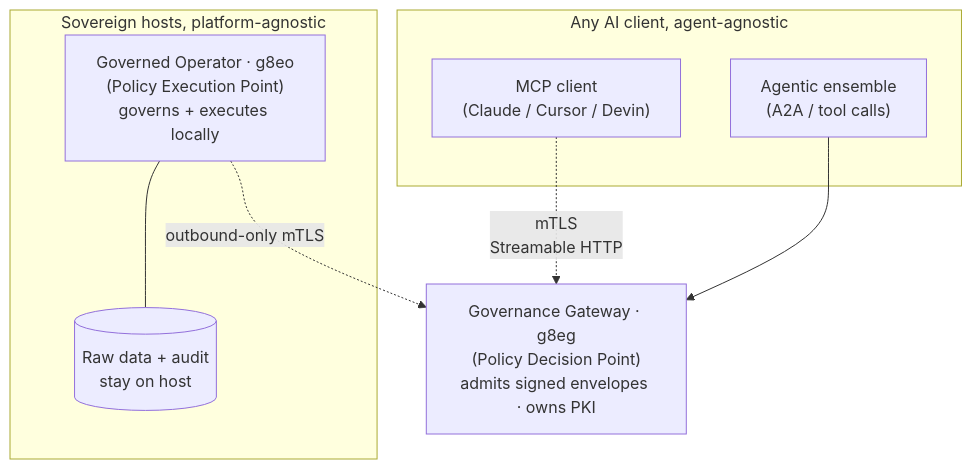
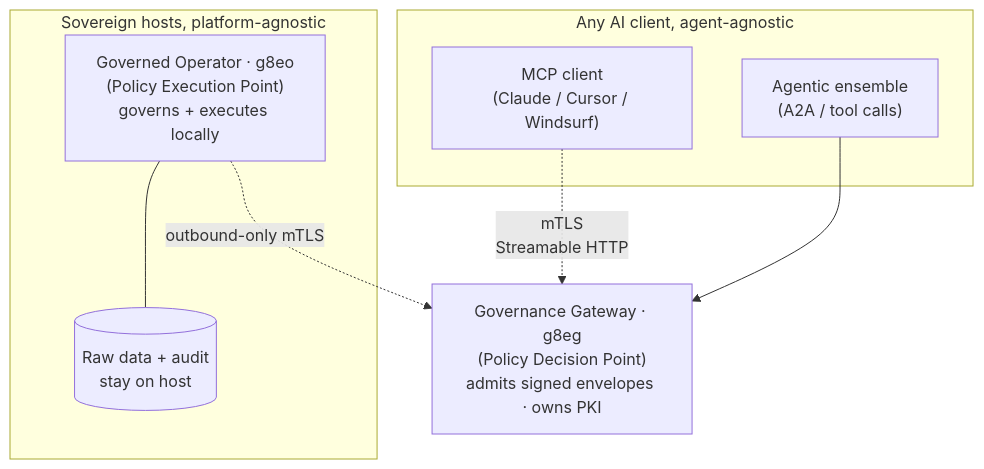
One commit to g8e-ai/g8e changed the diagram in docs/diagrams/graph-gateway-fleet-single-host-http-mtls.md. Above: the diagram before and after it, drawn with Mermaid. The commit also changed other lines of this file and 938 other files, not shown here.

````diff
--- a/docs/diagrams/graph-gateway-fleet-single-host-http-mtls.md
+++ b/docs/diagrams/graph-gateway-fleet-single-host-http-mtls.md
@@ -5,19 +5,19 @@
 ```mermaid
 graph TD
     subgraph Clients ["Any AI client, agent-agnostic"]
-        C1["MCP client<br/>(Claude / Cursor / Devin)"]
+        C1["MCP client<br/>(Claude / Cursor / Windsurf)"]
         C2["Agentic ensemble<br/>(A2A / tool calls)"]
     end
 
     GW["Governance Gateway · g8eg<br/>(Policy Decision Point)<br/>admits signed envelopes · owns PKI"]
 
     subgraph Fleet ["Sovereign hosts, platform-agnostic"]
         O1["Governed Operator · g8eo<br/>(Policy Execution Point)<br/>governs + executes locally"]
         D1[("Raw data + audit<br/>stay on host")]
         O1 --- D1
     end
 
     C1 -. "mTLS<br/>Streamable HTTP" .-> GW
     C2 --> GW
     O1 -. "outbound-only mTLS" .-> GW
 ```
````
